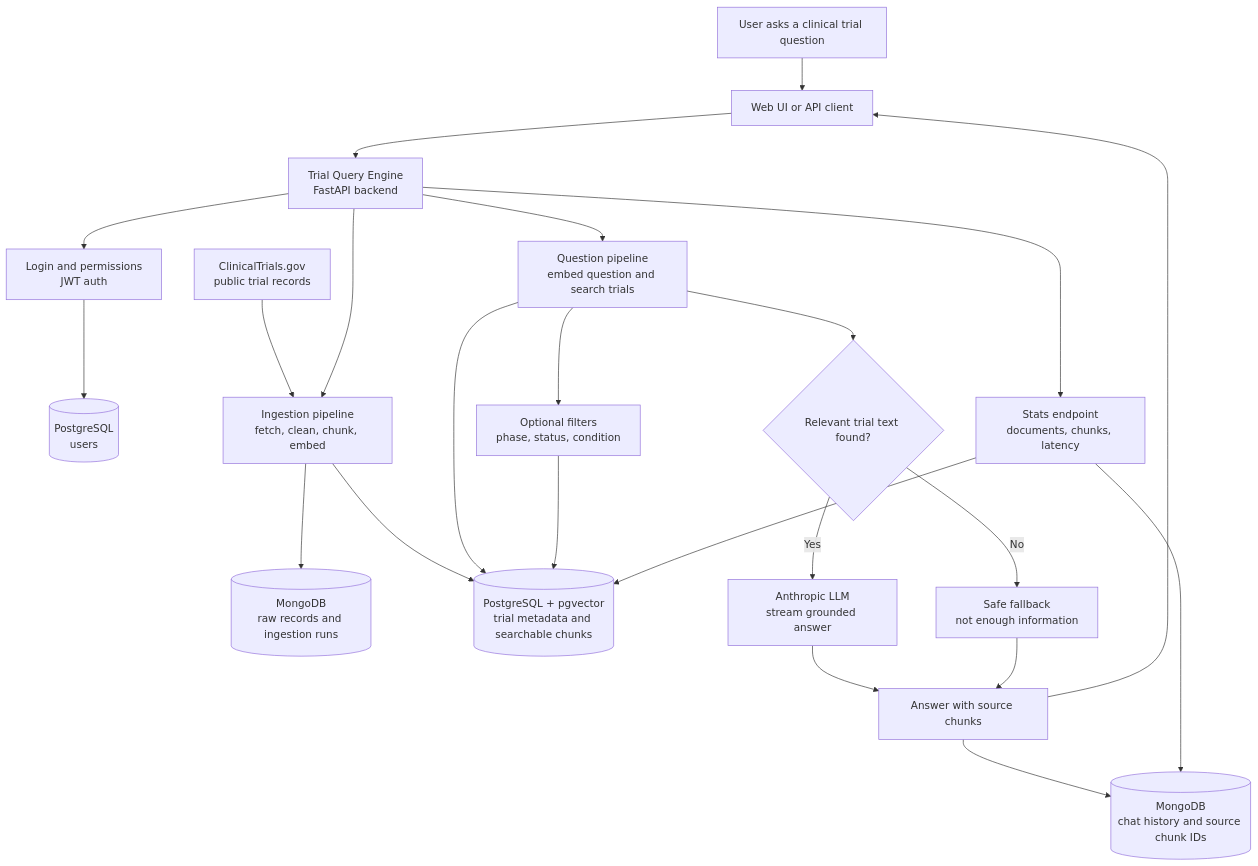
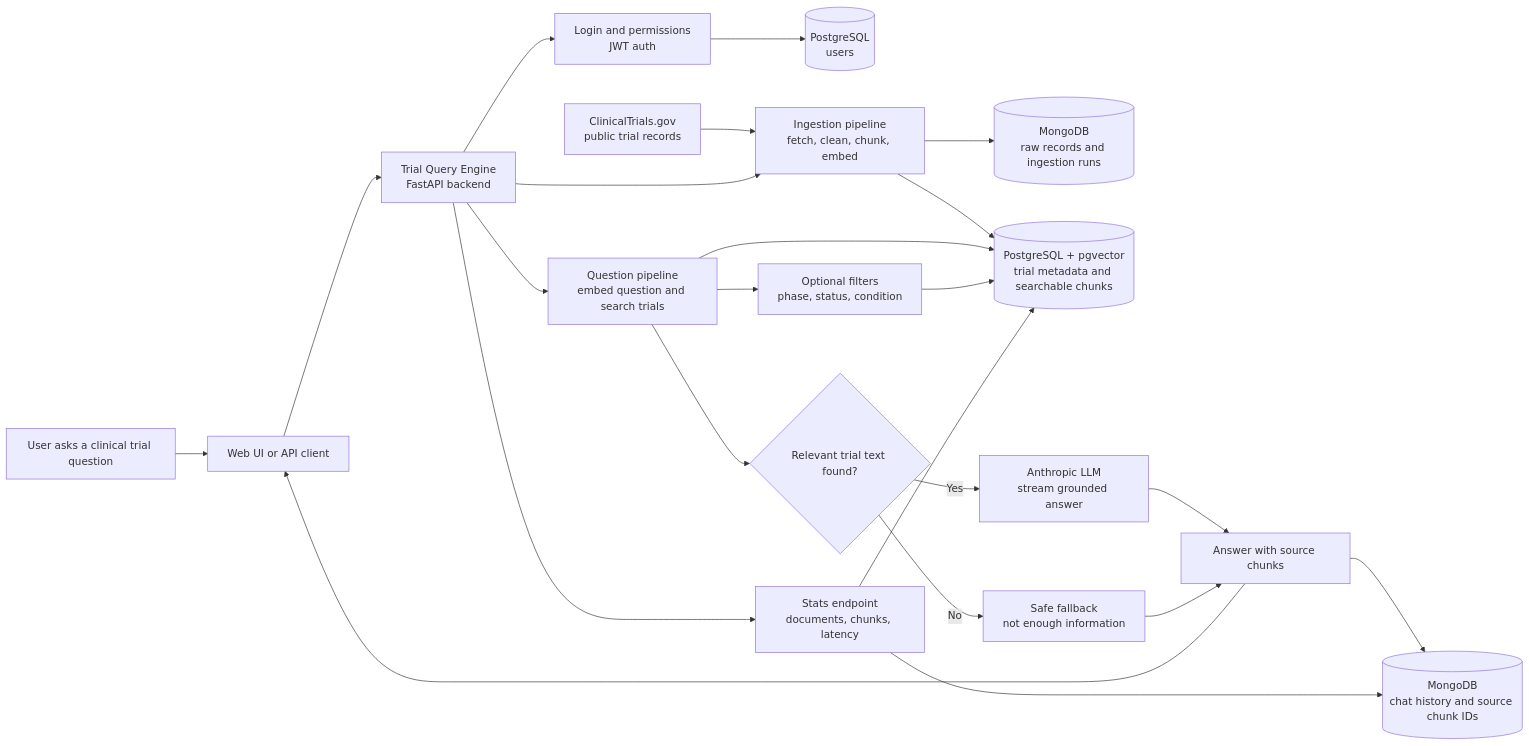
Before and after one commit to decimozs/trial-query-engine: the first of 2 diagrams in README.md, drawn with Mermaid.

Commit message:
docs: make architecture diagram horizontal

````diff
--- a/README.md
+++ b/README.md
@@ -23,32 +23,32 @@
 ```mermaid
-flowchart TD
+flowchart LR
     User["User asks a clinical trial question"] --> Web["Web UI or API client"]
     Web --> API["Trial Query Engine<br/>FastAPI backend"]
 
     API --> Auth["Login and permissions<br/>JWT auth"]
     Auth --> UsersDB[("PostgreSQL<br/>users")]
 
     ClinicalTrials["ClinicalTrials.gov<br/>public trial records"] --> Ingest["Ingestion pipeline<br/>fetch, clean, chunk, embed"]
     API --> Ingest
 
     Ingest --> RawDocs[("MongoDB<br/>raw records and ingestion runs")]
     Ingest --> Vectors[("PostgreSQL + pgvector<br/>trial metadata and searchable chunks")]
 
     API --> Query["Question pipeline<br/>embed question and search trials"]
     Query --> Vectors
     Query --> Filters["Optional filters<br/>phase, status, condition"]
     Filters --> Vectors
 
     Query --> Gate{"Relevant trial text found?"}
     Gate -- "No" --> SafeAnswer["Safe fallback<br/>not enough information"]
     Gate -- "Yes" --> LLM["Anthropic LLM<br/>stream grounded answer"]
 
     LLM --> Answer["Answer with source chunks"]
     SafeAnswer --> Answer
     Answer --> History[("MongoDB<br/>chat history and source chunk IDs")]
     Answer --> Web
 
     API --> Stats["Stats endpoint<br/>documents, chunks, latency"]
     Stats --> Vectors
     Stats --> History
 ```
````
